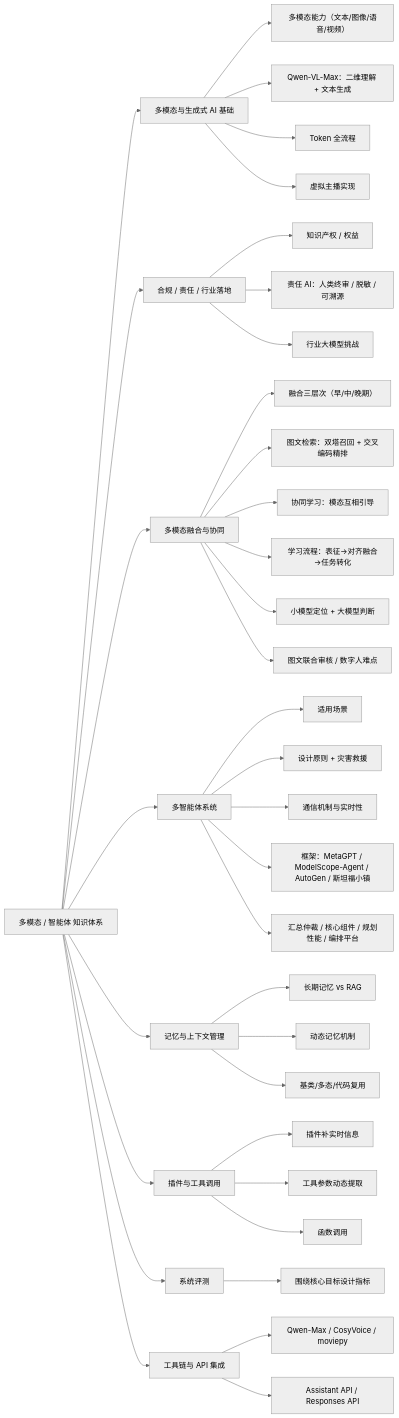
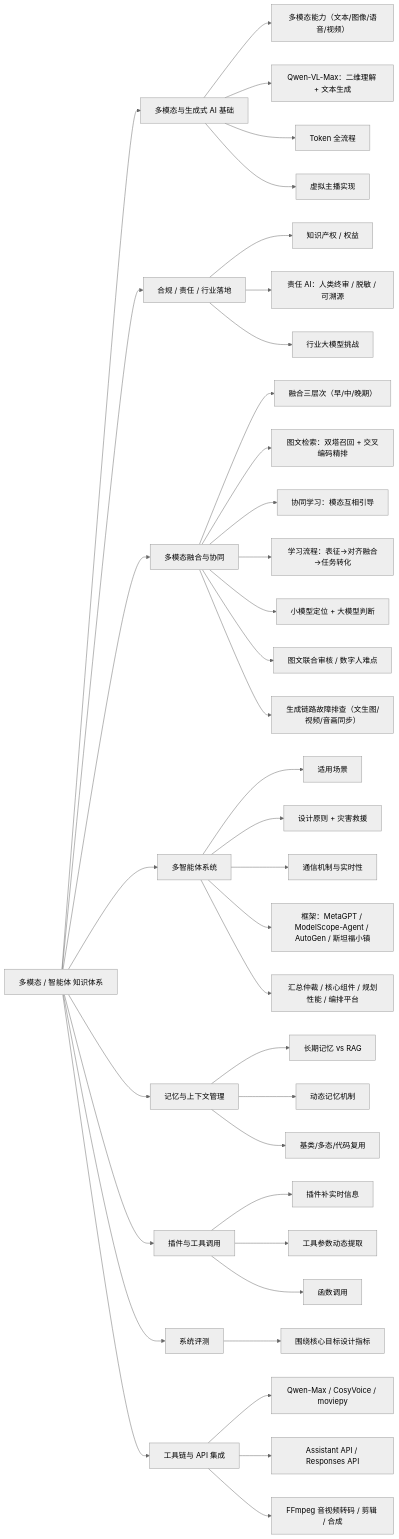
The diagram in notes/ACP/多模态/多模态 知识点总结.md (guoleihit/notes), drawn with Mermaid (neutral theme) before and after one commit. The commit also changed other lines of this file and 3 other files, not shown here.

````diff
--- a/notes/ACP/多模态/多模态 知识点总结.md
+++ b/notes/ACP/多模态/多模态 知识点总结.md
@@ -68,38 +70,40 @@
 ```mermaid
 flowchart LR
     M["多模态 / 智能体 知识体系"] --> A["多模态与生成式 AI 基础"]
     M --> B["合规 / 责任 / 行业落地"]
     M --> C["多模态融合与协同"]
     M --> D["多智能体系统"]
     M --> E["记忆与上下文管理"]
     M --> F["插件与工具调用"]
     M --> G["系统评测"]
     M --> H["工具链与 API 集成"]
     A --> A1["多模态能力（文本/图像/语音/视频）"]
     A --> A2["Qwen-VL-Max：二维理解 + 文本生成"]
     A --> A3["Token 全流程"]
     A --> A4["虚拟主播实现"]
     B --> B1["知识产权 / 权益"]
     B --> B2["责任 AI：人类终审 / 脱敏 / 可溯源"]
     B --> B3["行业大模型挑战"]
     C --> C1["融合三层次（早/中/晚期）"]
     C --> C2["图文检索：双塔召回 + 交叉编码精排"]
     C --> C3["协同学习：模态互相引导"]
     C --> C4["学习流程：表征→对齐融合→任务转化"]
     C --> C5["小模型定位 + 大模型判断"]
     C --> C6["图文联合审核 / 数字人难点"]
+    C --> C7["生成链路故障排查（文生图/视频/音画同步）"]
     D --> D1["适用场景"]
     D --> D2["设计原则 + 灾害救援"]
     D --> D3["通信机制与实时性"]
     D --> D4["框架：MetaGPT / ModelScope-Agent / AutoGen / 斯坦福小镇"]
     D --> D5["汇总仲裁 / 核心组件 / 规划性能 / 编排平台"]
     E --> E1["长期记忆 vs RAG"]
     E --> E2["动态记忆机制"]
     E --> E3["基类/多态/代码复用"]
     F --> F1["插件补实时信息"]
     F --> F2["工具参数动态提取"]
     F --> F3["函数调用"]
     G --> G1["围绕核心目标设计指标"]
     H --> H1["Qwen-Max / CosyVoice / moviepy"]
     H --> H2["Assistant API / Responses API"]
+    H --> H3["FFmpeg 音视频转码 / 剪辑 / 合成"]
 ```
````
